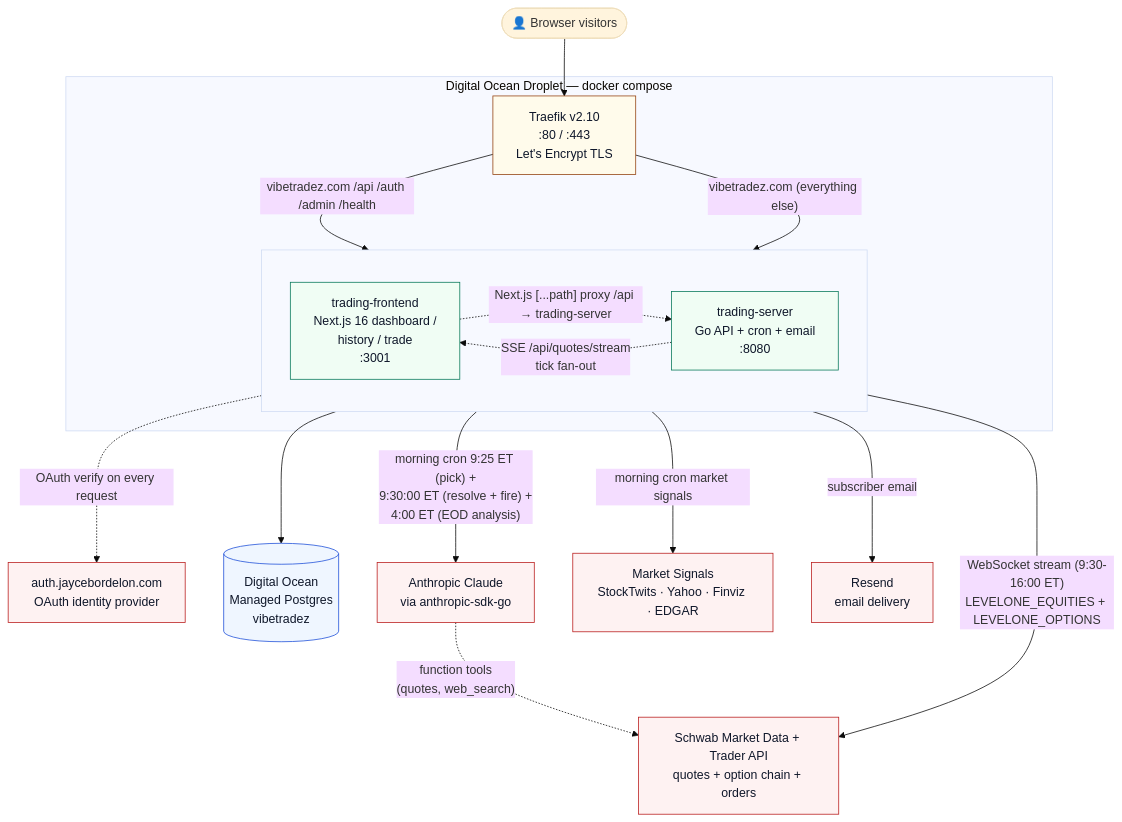
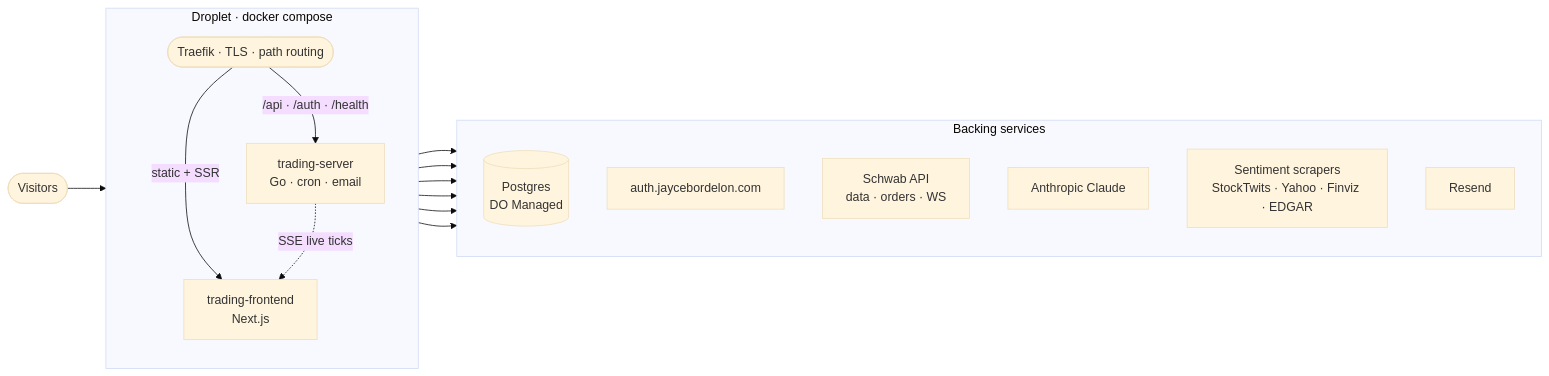
Before and after one commit to JayceBordelon/vibetradez.com: the first of 2 diagrams in README.md, drawn with Mermaid (base theme). The commit also changed other lines of this file and 1 other file, not shown here.

Commit message:
docs: simplify architecture diagram + add CLAUDE.md
README arch diagram: replace the previous flowchart-TB hairball with a
clean LR layout, two side-by-side subgraphs (droplet on the left,
backing services on the right), and one outbound arrow per dependency
instead of overlapping criss-cross edges. Cron-time labels removed
from the arch diagram since they belong in the lifecycle diagram
further down, which has all the per-stage timing already.

Adds CLAUDE.md with the trading-service development conventions:
gofmt + vet + race-tested build + golangci-lint as the pre-push gate,
the two-stage picker/executor invariant (load-bearing — read before
touching any picker/executor/chain code), Recharts v3 migration notes,
the model-version refresh policy, and where each piece of load-bearing
logic lives.

````diff
--- a/README.md
+++ b/README.md
@@ -12,40 +12,33 @@
 ```mermaid
-flowchart TB
-    classDef external fill:#fef2f2,stroke:#b91c1c,color:#0f172a
-    classDef droplet fill:#f0fdf4,stroke:#047857,color:#0f172a
-    classDef data fill:#eff6ff,stroke:#1d4ed8,color:#0f172a
-    classDef edge fill:#fffbeb,stroke:#92400e,color:#0f172a
+flowchart LR
+    User(["Visitors"])
 
-    User(["👤 Browser visitors"])
-
-    subgraph Droplet["Digital Ocean Droplet — docker compose"]
-      Traefik["Traefik v2.10<br/>:80 / :443<br/>Let's Encrypt TLS"]:::edge
-
-      subgraph Apps[" "]
-        direction LR
-        TF["trading-frontend<br/>Next.js 16 dashboard /<br/>history / trade<br/>:3001"]:::droplet
-        TS["trading-server<br/>Go API + cron + email<br/>:8080"]:::droplet
-      end
-
-      Traefik -- "vibetradez.com /api /auth /admin /health" --> TS
-      Traefik -- "vibetradez.com (everything else)" --> TF
-      TF -. "Next.js [...path] proxy /api → trading-server" .-> TS
+    subgraph Droplet["Droplet · docker compose"]
+      direction TB
+      Traefik(["Traefik · TLS · path routing"])
+      TF["trading-frontend<br/>Next.js"]
+      TS["trading-server<br/>Go · cron · email"]
     end
 
-    AUTH["auth.jaycebordelon.com<br/>OAuth identity provider"]:::external
-    DB[("Digital Ocean<br/>Managed Postgres<br/>vibetradez")]:::data
-    Picker["Anthropic Claude<br/>via anthropic-sdk-go"]:::external
-    Schwab["Schwab Market Data + Trader API<br/>quotes + option chain + orders"]:::external
-    Signals["Market Signals<br/>StockTwits · Yahoo · Finviz · EDGAR"]:::external
-    Resend["Resend<br/>email delivery"]:::external
+    subgraph Backing["Backing services"]
+      direction TB
+      DB[("Postgres<br/>DO Managed")]
+      AUTH["auth.jaycebordelon.com"]
+      Schwab["Schwab API<br/>data · orders · WS"]
+      Claude["Anthropic Claude"]
+      Signals["Sentiment scrapers<br/>StockTwits · Yahoo · Finviz · EDGAR"]
+      Resend["Resend"]
+    end
 
     User --> Traefik
+    Traefik -->|"static + SSR"| TF
+    Traefik -->|"/api · /auth · /health"| TS
+    TS -.->|"SSE live ticks"| TF
+
     TS --> DB
-    TS -. "OAuth verify on every request" .-> AUTH
-    TS -- "morning cron 9:25 ET (pick) +<br/>9:30:00 ET (resolve + fire) +<br/>4:00 ET (EOD analysis)" --> Picker
-    TS -- "WebSocket stream (9:30-16:00 ET)<br/>LEVELONE_EQUITIES + LEVELONE_OPTIONS" --> Schwab
-    TS -- "morning cron market signals" --> Signals
-    TS -- "subscriber email" --> Resend
-    Picker -. "function tools<br/>(quotes, web_search)" .-> Schwab
-    TS -. "SSE /api/quotes/stream<br/>tick fan-out" .-> TF
+    TS --> AUTH
+    TS --> Schwab
+    TS --> Claude
+    TS --> Signals
+    TS --> Resend
 ```
````
